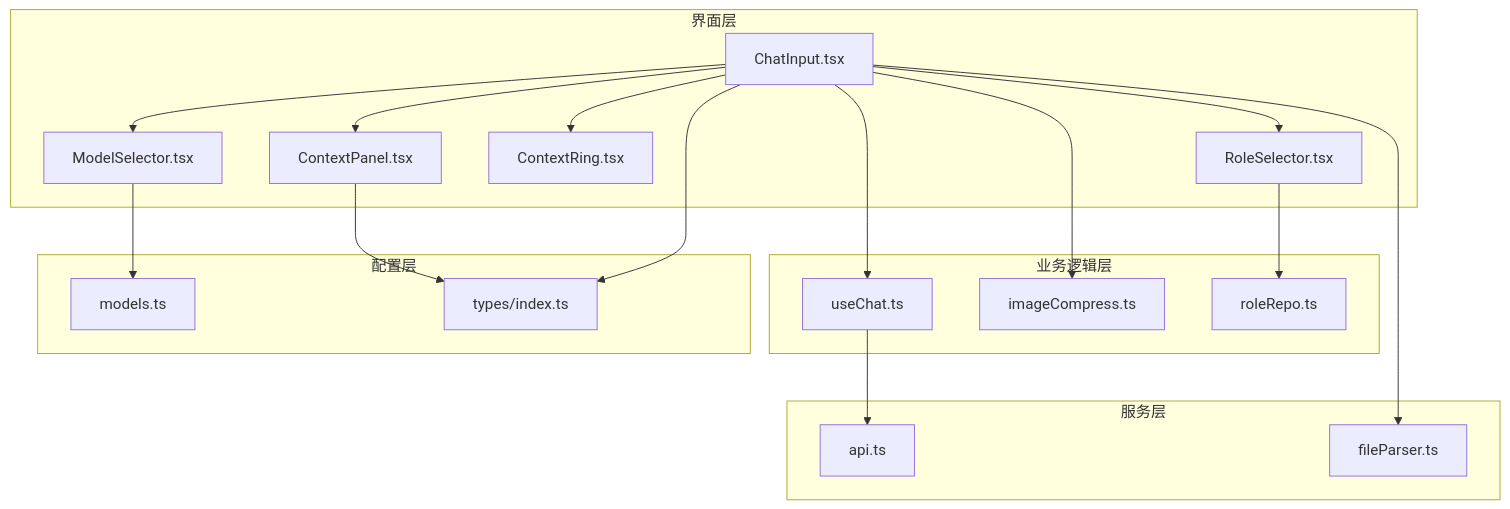
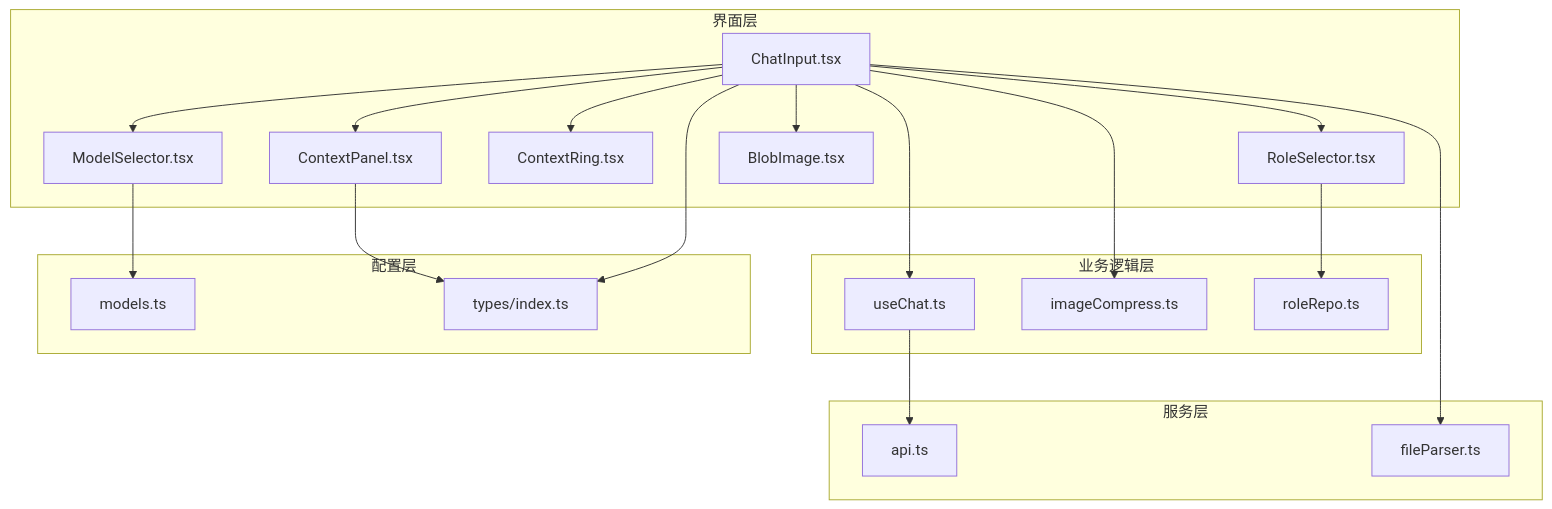
The first of 5 diagrams in .qoder/repowiki/zh/content/聊天模块/聊天输入组件.md (billye220670/AIShop), drawn with Mermaid before and after one commit. The commit also changed other lines of this file and 40 other files, not shown here.

````diff
--- a/.qoder/repowiki/zh/content/聊天模块/聊天输入组件.md
+++ b/.qoder/repowiki/zh/content/聊天模块/聊天输入组件.md
@@ -50,35 +50,37 @@
 ```mermaid
 graph TB
 subgraph "界面层"
 CI["ChatInput.tsx"]
 MS["ModelSelector.tsx"]
 RS["RoleSelector.tsx"]
 CR["ContextRing.tsx"]
 CP["ContextPanel.tsx"]
+BI["BlobImage.tsx"]
 end
 subgraph "业务逻辑层"
 UC["useChat.ts"]
 IC["imageCompress.ts"]
 RR["roleRepo.ts"]
 end
 subgraph "服务层"
 API["api.ts"]
 FP["fileParser.ts"]
 end
 subgraph "配置层"
 MC["models.ts"]
 T["types/index.ts"]
 end
 CI --> MS
 CI --> RS
 CI --> CR
 CI --> CP
+CI --> BI
 CI --> IC
 CI --> UC
 MS --> MC
 RS --> RR
 CP --> T
 UC --> API
 CI --> FP
 CI --> T
 ```
````
